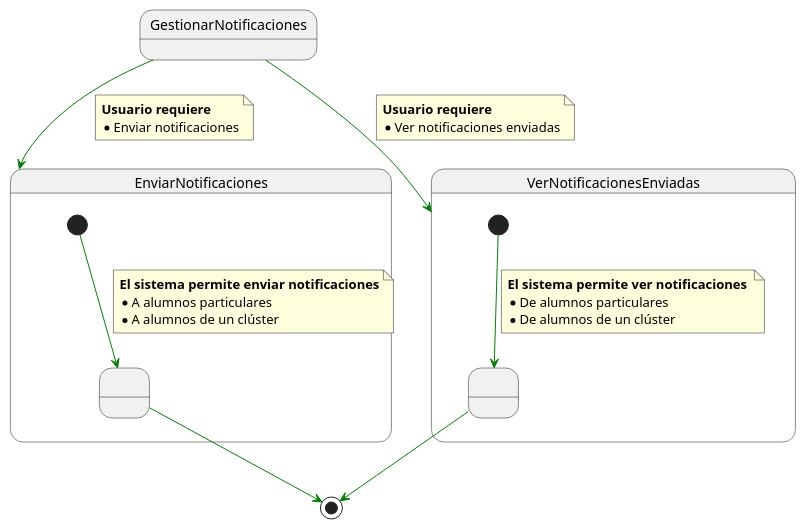
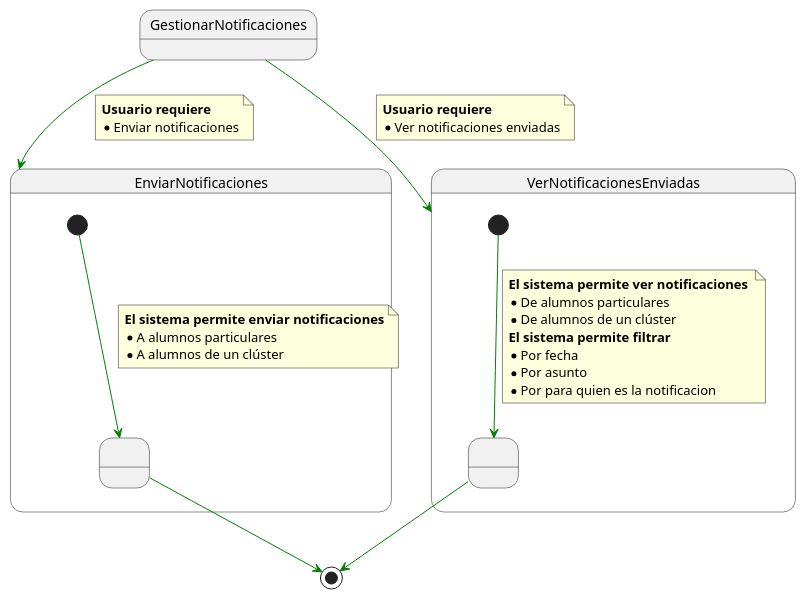
The diagram in 000-entregas/Grupo1/DetalleCasosDeUso/GestionarNotificaciones.puml (mmasias/IdSw1-22-23), drawn with PlantUML before and after one commit.

```diff
--- a/000-entregas/Grupo1/DetalleCasosDeUso/GestionarNotificaciones.puml
+++ b/000-entregas/Grupo1/DetalleCasosDeUso/GestionarNotificaciones.puml
@@ -1,50 +1,54 @@
 @startuml GestionarNotificaciones
 
 State GestionarNotificaciones
 
 State EnviarNotificaciones{ 
 
   State state1 as " "
 
   [*] -[#green]-> state1
 
   note on link 
     <b>El sistema permite enviar notificaciones
     * A alumnos particulares
     * A alumnos de un clúster
   end note
  
 } 
 
 State VerNotificacionesEnviadas{ 
 
   State state2 as " "
 
   [*] -[#green]-> state2
 
   note on link 
     <b>El sistema permite ver notificaciones 
     * De alumnos particulares
     * De alumnos de un clúster
+    <b>El sistema permite filtrar
+    * Por fecha
+    * Por asunto
+    * Por para quien es la notificacion
   end note
 
 } 
 
 GestionarNotificaciones-[#green]-> EnviarNotificaciones
 
 note on link
  <b>Usuario requiere
  * Enviar notificaciones
 end note
 
 GestionarNotificaciones-[#green]-> VerNotificacionesEnviadas
 
 note on link
  <b>Usuario requiere
  * Ver notificaciones enviadas
 end note
 
 state1 -[#green]-> [*] 
 state2 -[#green]-> [*] 
 
 @enduml
```
